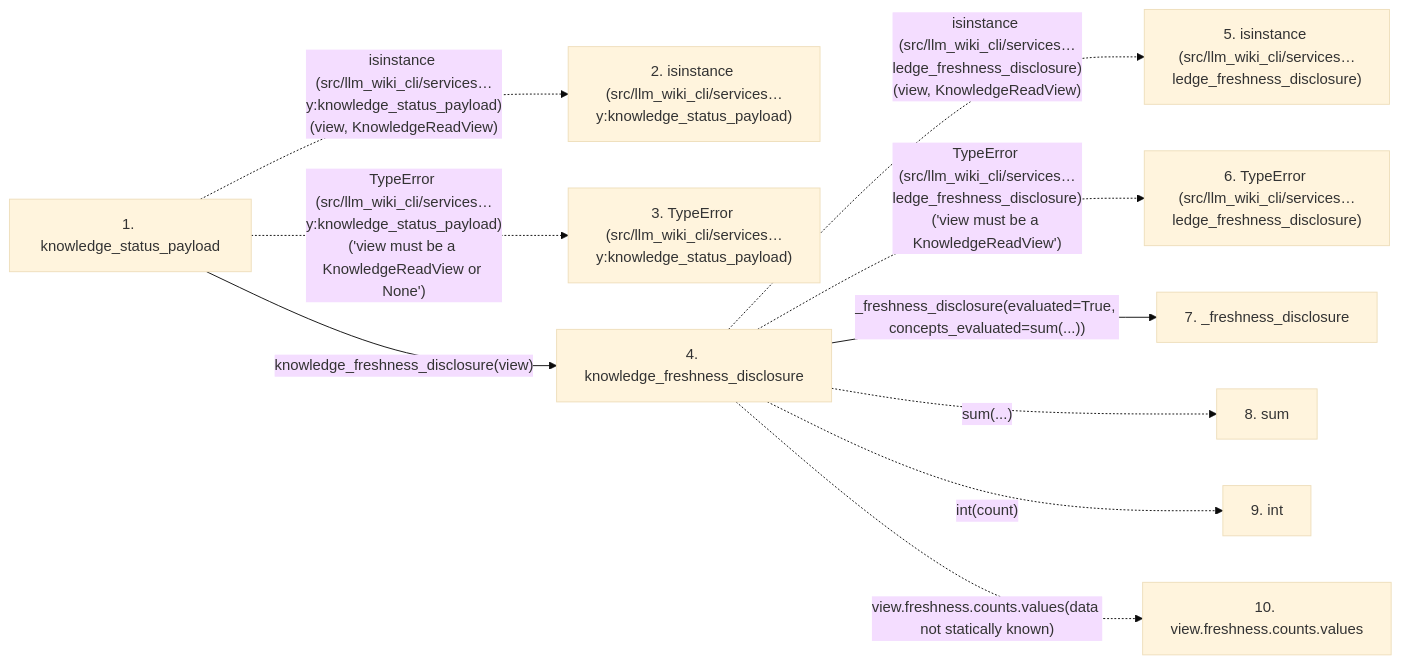
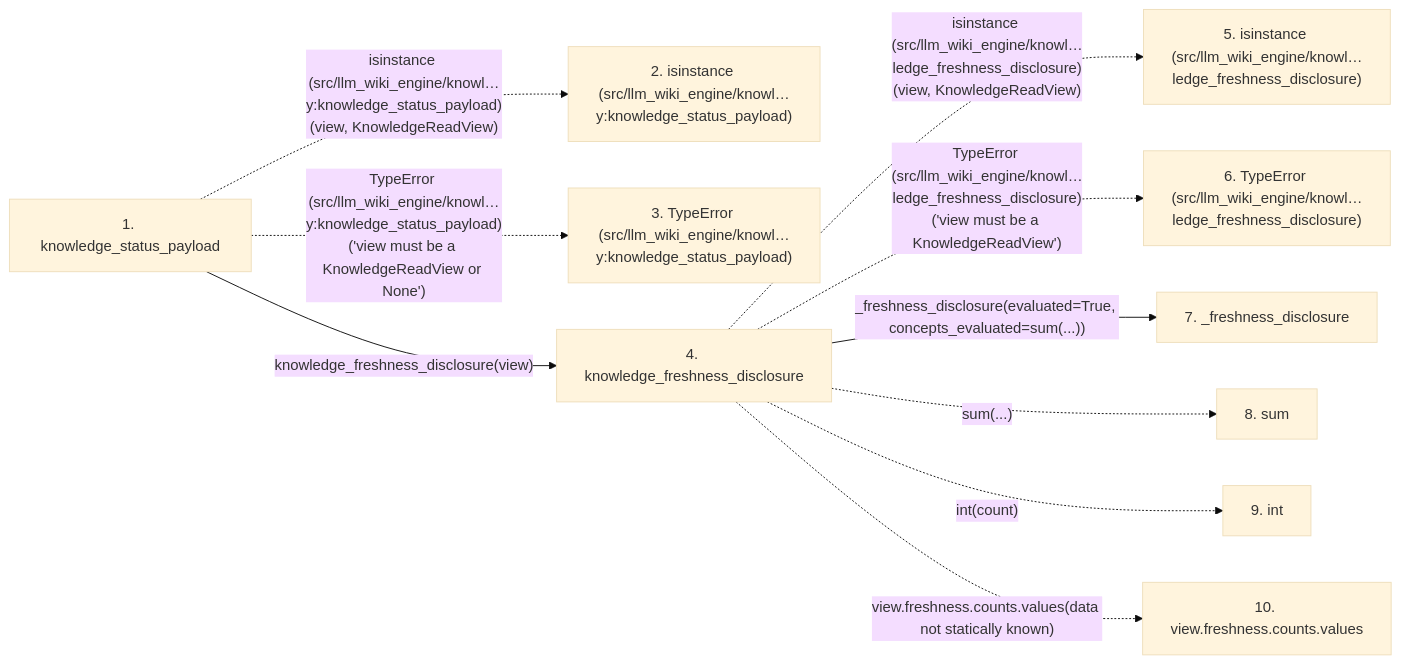
Before and after one commit to Denissvgn/python-wiki-llm: the second of 2 diagrams in docs/llm_wiki/flows/api-knowledge_status_payload.md, drawn with Mermaid (base theme). The commit also changed other lines of this file and 1058 other files, not shown here.

First line of the commit message:
docs: refresh the wiki for the knowledge store move

````diff
--- a/docs/llm_wiki/flows/api-knowledge_status_payload.md
+++ b/docs/llm_wiki/flows/api-knowledge_status_payload.md
@@ -52,25 +52,25 @@
 ```mermaid
 flowchart LR
     s1["1. knowledge_status_payload"]
-    s2["2. isinstance (src/llm_wiki_cli/services…y:knowledge_status_payload)"]
-    s3["3. TypeError (src/llm_wiki_cli/services…y:knowledge_status_payload)"]
+    s2["2. isinstance (src/llm_wiki_engine/knowl…y:knowledge_status_payload)"]
+    s3["3. TypeError (src/llm_wiki_engine/knowl…y:knowledge_status_payload)"]
     s4["4. knowledge_freshness_disclosure"]
-    s5["5. isinstance (src/llm_wiki_cli/services…ledge_freshness_disclosure)"]
-    s6["6. TypeError (src/llm_wiki_cli/services…ledge_freshness_disclosure)"]
+    s5["5. isinstance (src/llm_wiki_engine/knowl…ledge_freshness_disclosure)"]
+    s6["6. TypeError (src/llm_wiki_engine/knowl…ledge_freshness_disclosure)"]
     s7["7. _freshness_disclosure"]
     s8["8. sum"]
     s9["9. int"]
     s10["10. view.freshness.counts.values"]
-    s1 -. "isinstance (src/llm_wiki_cli/services…y:knowledge_status_payload)(view, KnowledgeReadView)" .-> s2
-    s1 -. "TypeError (src/llm_wiki_cli/services…y:knowledge_status_payload)('view must be a KnowledgeReadView or None')" .-> s3
+    s1 -. "isinstance (src/llm_wiki_engine/knowl…y:knowledge_status_payload)(view, KnowledgeReadView)" .-> s2
+    s1 -. "TypeError (src/llm_wiki_engine/knowl…y:knowledge_status_payload)('view must be a KnowledgeReadView or None')" .-> s3
     s1 -->|"knowledge_freshness_disclosure(view)"| s4
-    s4 -. "isinstance (src/llm_wiki_cli/services…ledge_freshness_disclosure)(view, KnowledgeReadView)" .-> s5
-    s4 -. "TypeError (src/llm_wiki_cli/services…ledge_freshness_disclosure)('view must be a KnowledgeReadView')" .-> s6
+    s4 -. "isinstance (src/llm_wiki_engine/knowl…ledge_freshness_disclosure)(view, KnowledgeReadView)" .-> s5
+    s4 -. "TypeError (src/llm_wiki_engine/knowl…ledge_freshness_disclosure)('view must be a KnowledgeReadView')" .-> s6
     s4 -->|"_freshness_disclosure(evaluated=True, concepts_evaluated=sum(...))"| s7
     s4 -. "sum(...)" .-> s8
     s4 -. "int(count)" .-> s9
     s4 -. "view.freshness.counts.values(data not statically known)" .-> s10
     click s1 "../modules/knowledge_observability.md"
     click s4 "../modules/knowledge_observability.md"
     click s7 "../modules/knowledge_observability.md"
 ```
````
